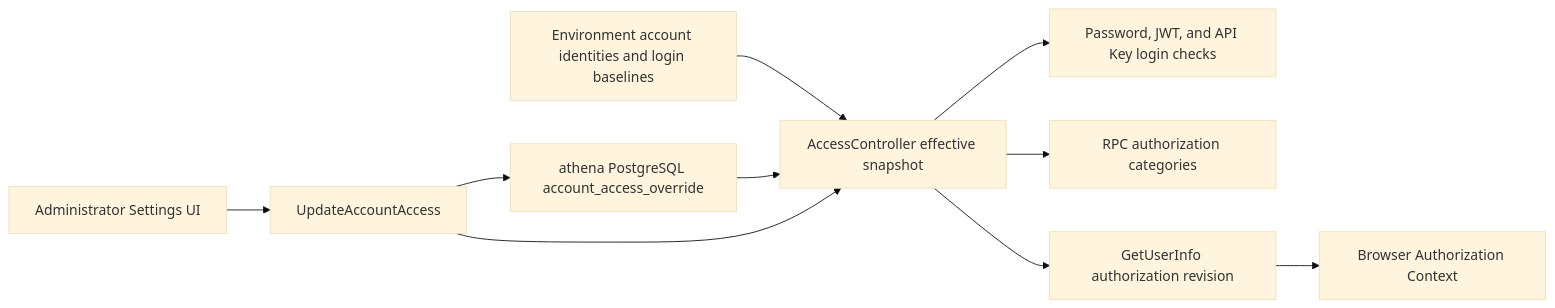
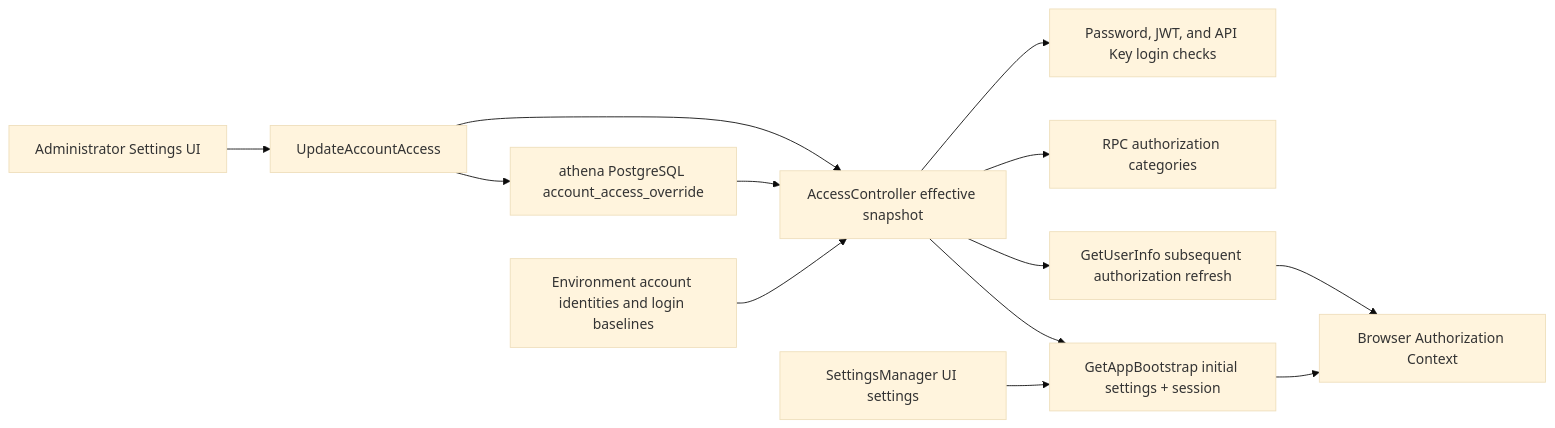
One commit to useryege/athena-o changed the diagram in docs/design/identity-access/account-access-control.md. Above: the diagram before and after it, drawn with Mermaid (base theme). The commit also changed other lines of this file and 23 other files, not shown here.

````diff
--- a/docs/design/identity-access/account-access-control.md
+++ b/docs/design/identity-access/account-access-control.md
@@ -34,12 +34,15 @@
 ```mermaid
 flowchart LR
     E["Environment account identities and login baselines"] --> C["AccessController effective snapshot"]
     P["athena PostgreSQL account_access_override"] --> C
     A["Administrator Settings UI"] --> U["UpdateAccountAccess"]
     U --> P
     U --> C
     C --> N["Password, JWT, and API Key login checks"]
     C --> Z["RPC authorization categories"]
-    C --> I["GetUserInfo authorization revision"]
-    I --> B["Browser Authorization Context"]
+    S["SettingsManager UI settings"] --> G["GetAppBootstrap initial settings + session"]
+    C --> G
+    C --> I["GetUserInfo subsequent authorization refresh"]
+    G --> B["Browser Authorization Context"]
+    I --> B
 ```
````
